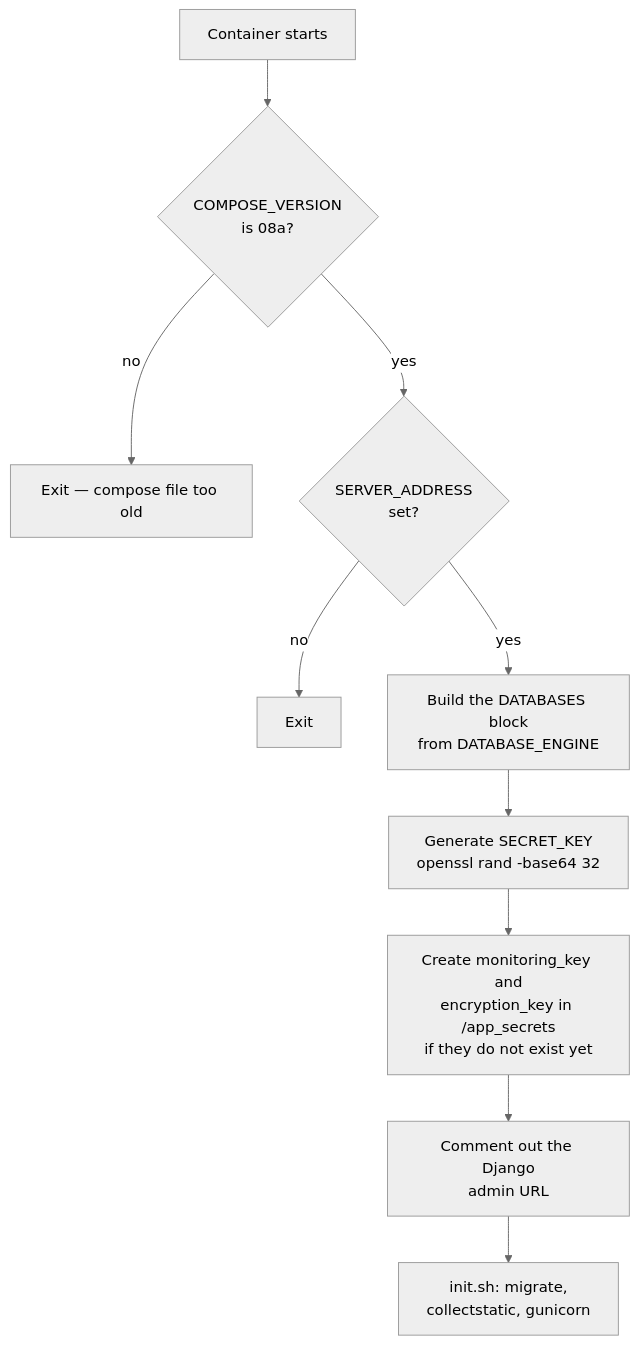
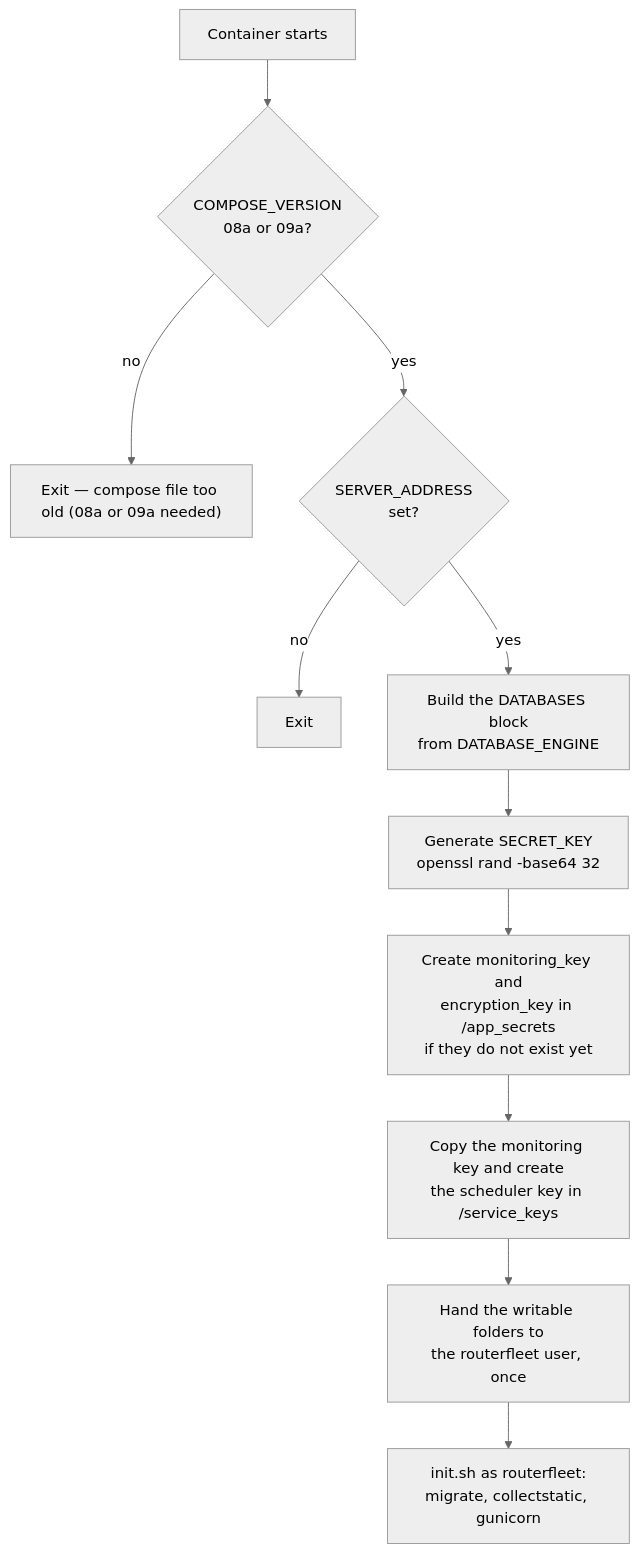
One commit to alessiobravi/routerfleet_improved changed the third of 4 diagrams in docs/architecture.md. Above: the diagram before and after it, drawn with Mermaid (neutral theme). The commit also changed other lines of this file and 16 other files, not shown here.

Commit message:
0.38.0: security release - safe device downloads, service keys, unprivileged application, per-account sign-in limits, pinned outbound requests, tested images published, and the remaining review findings

````diff
--- a/docs/architecture.md
+++ b/docs/architecture.md
@@ -100,12 +100,13 @@
 ```mermaid
 flowchart TD
-    start["Container starts"] --> check{"COMPOSE_VERSION<br/>is 08a?"}
-    check -->|no| fail["Exit — compose file too old"]
+    start["Container starts"] --> check{"COMPOSE_VERSION<br/>08a or 09a?"}
+    check -->|no| fail["Exit — compose file too old (08a or 09a needed)"]
     check -->|yes| addr{"SERVER_ADDRESS<br/>set?"}
     addr -->|no| fail2["Exit"]
     addr -->|yes| dbsel["Build the DATABASES block<br/>from DATABASE_ENGINE"]
     dbsel --> secret["Generate SECRET_KEY<br/>openssl rand -base64 32"]
     secret --> keys["Create monitoring_key and<br/>encryption_key in /app_secrets<br/>if they do not exist yet"]
-    keys --> admin["Comment out the Django<br/>admin URL"]
-    admin --> init["init.sh: migrate,<br/>collectstatic, gunicorn"]
+    keys --> svc["Copy the monitoring key and create<br/>the scheduler key in /service_keys"]
+    svc --> drop["Hand the writable folders to<br/>the routerfleet user, once"]
+    drop --> init["init.sh as routerfleet:<br/>migrate, collectstatic, gunicorn"]
 ```
````
